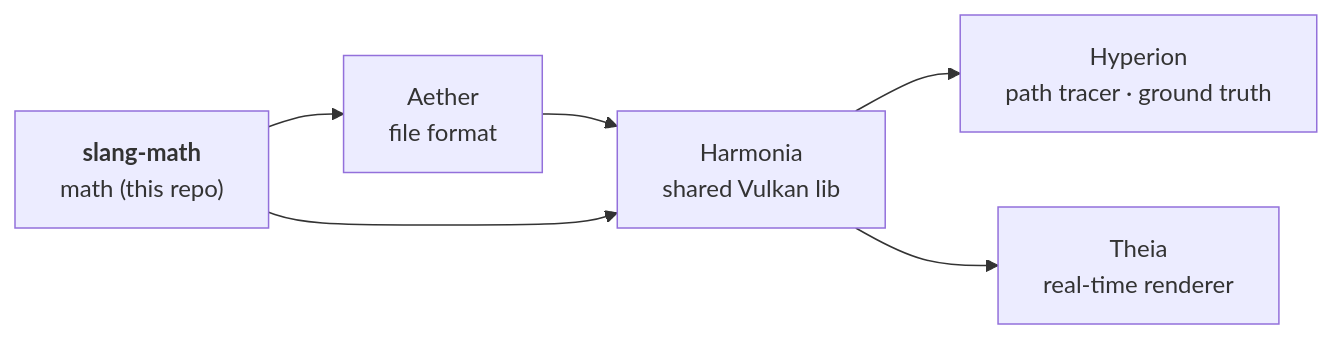
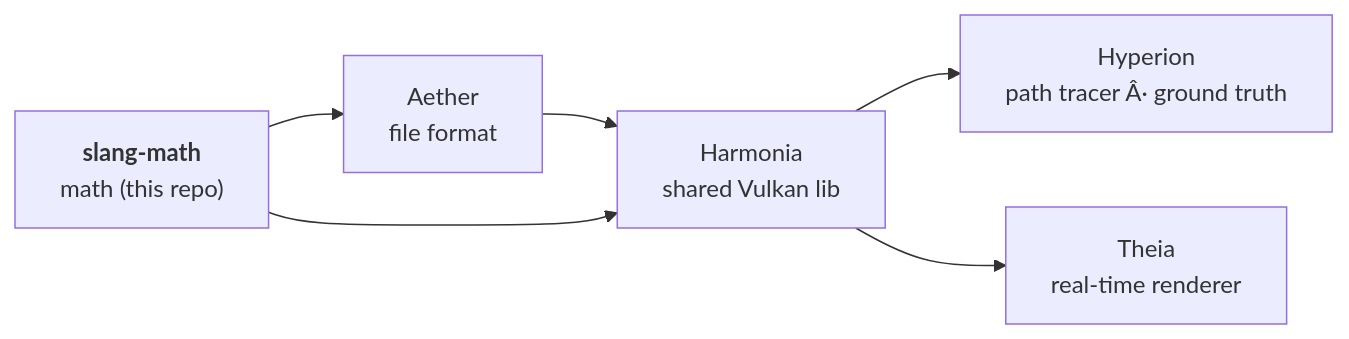
Before and after one commit to McNopper/slang-math: the diagram in AGENTS.md, drawn with Mermaid. The commit also changed other lines of this file and 4 other files, not shown here.

````diff
--- a/AGENTS.md
+++ b/AGENTS.md
@@ -16,8 +16,8 @@
 ```mermaid
 flowchart LR
     SM["<b>slang-math</b><br/>math (this repo)"] --> A["Aether<br/>file format"]
     A --> H["Harmonia<br/>shared Vulkan lib"]
     SM --> H
-    H --> Hy["Hyperion<br/>path tracer · ground truth"]
+    H --> Hy["Hyperion<br/>path tracer Â· ground truth"]
     H --> T["Theia<br/>real-time renderer"]
 ```
````
